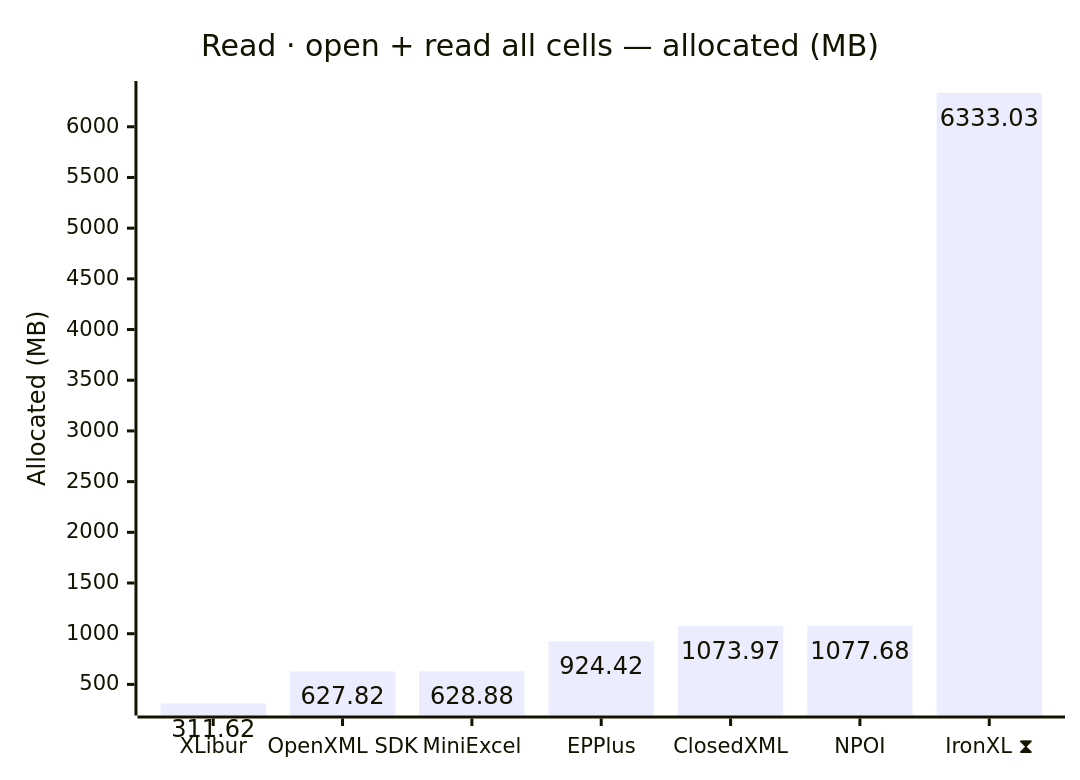
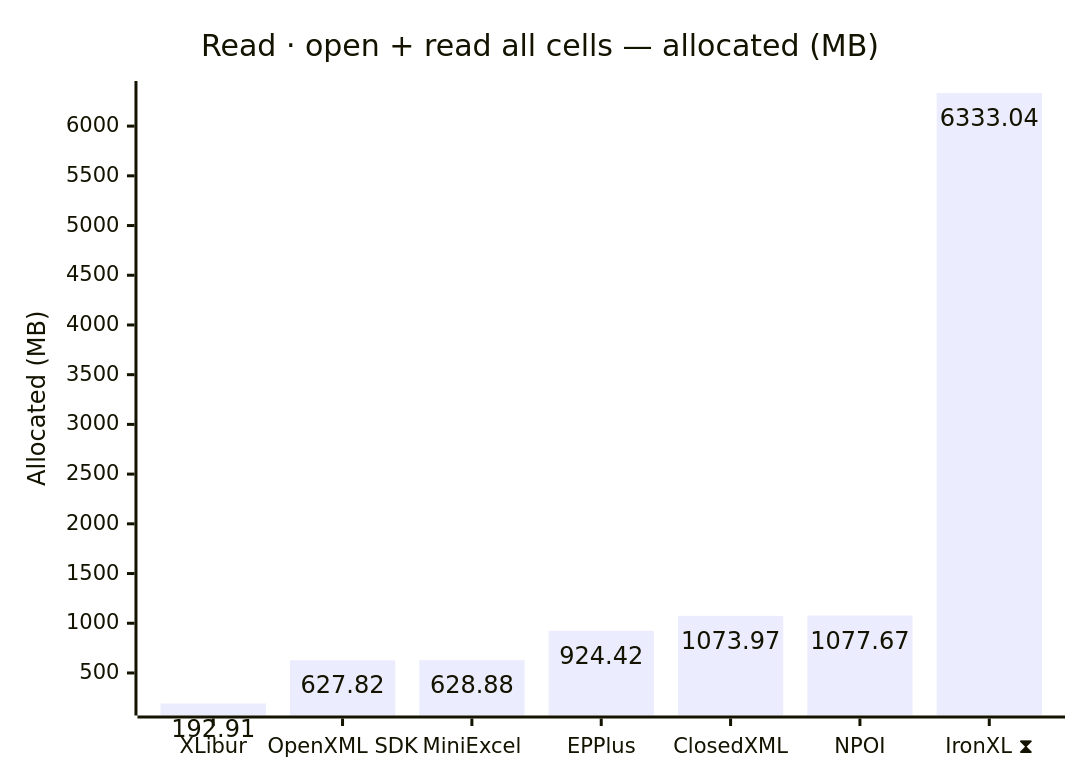
One commit to jafin/XLBench changed the fourth of 12 diagrams in docs/results-ci.md. Above: the diagram before and after it, drawn with Mermaid. The commit also changed other lines of this file, not shown here.

````diff
--- a/docs/results-ci.md
+++ b/docs/results-ci.md
@@ -80,12 +80,12 @@
 ```mermaid
 ---
 config:
   xyChart:
     showDataLabel: true
 ---
 xychart-beta
     title "Read · open + read all cells — allocated (MB)"
     x-axis ["XLibur", "OpenXML SDK", "MiniExcel", "EPPlus", "ClosedXML", "NPOI", "IronXL ⧗"]
     y-axis "Allocated (MB)"
-    bar [311.62, 627.82, 628.88, 924.42, 1073.97, 1077.68, 6333.03]
+    bar [192.91, 627.82, 628.88, 924.42, 1073.97, 1077.67, 6333.04]
 ```
````
